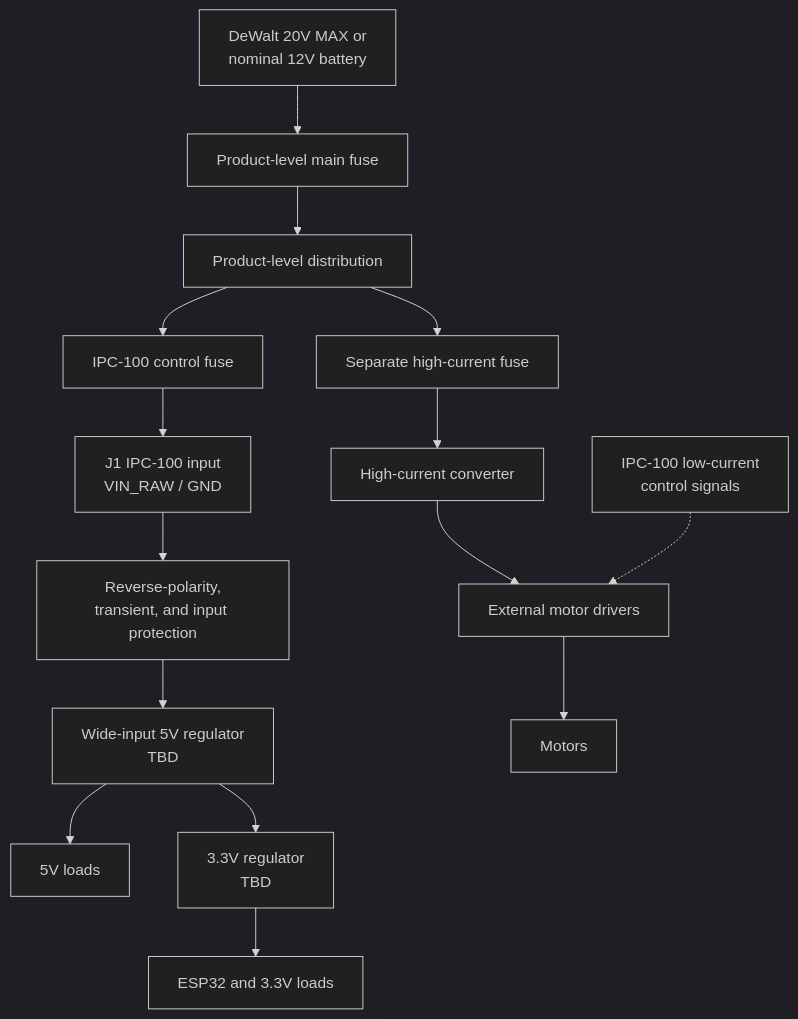
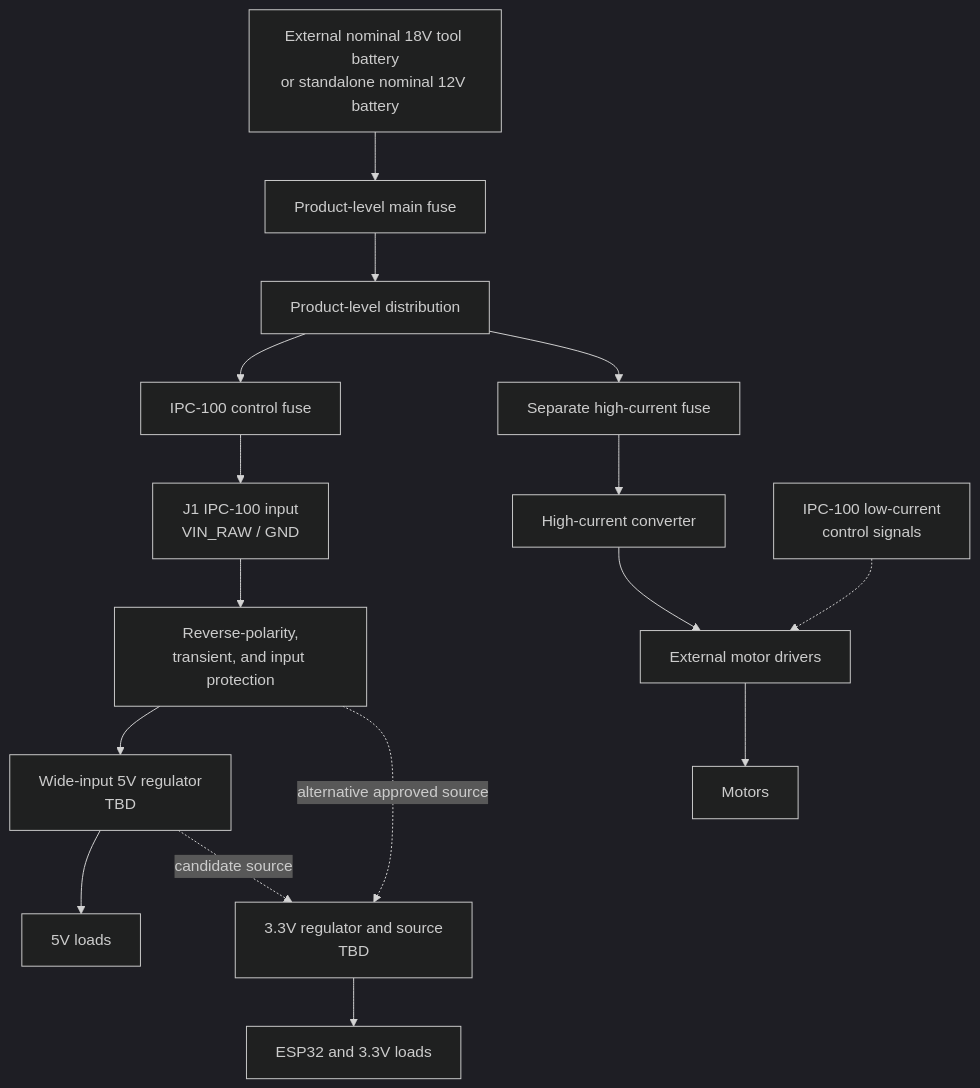
Before and after one commit to IronPineOutdoors/IPC-100: the diagram in docs/power/Power_Architecture.md, drawn with Mermaid (dark theme). The commit also changed other lines of this file and 9 other files, not shown here.

````diff
--- a/docs/power/Power_Architecture.md
+++ b/docs/power/Power_Architecture.md
@@ -24,25 +26,27 @@
 ```mermaid
 flowchart TD
-    BAT["DeWalt 20V MAX or<br/>nominal 12V battery"]
+    BAT["External nominal 18V tool battery<br/>or standalone nominal 12V battery"]
     MF["Product-level main fuse"]
     DIST["Product-level distribution"]
     CF["IPC-100 control fuse"]
     J1["J1 IPC-100 input<br/>VIN_RAW / GND"]
     PROT["Reverse-polarity,<br/>transient, and input protection"]
     BUCK["Wide-input 5V regulator<br/>TBD"]
     L5["5V loads"]
-    REG3["3.3V regulator<br/>TBD"]
+    REG3["3.3V regulator and source<br/>TBD"]
     L3["ESP32 and 3.3V loads"]
     HF["Separate high-current fuse"]
     CONV["High-current converter"]
     DRV["External motor drivers"]
     MOT["Motors"]
     CTRL["IPC-100 low-current<br/>control signals"]
 
     BAT --> MF --> DIST
     DIST --> CF --> J1 --> PROT --> BUCK
     BUCK --> L5
-    BUCK --> REG3 --> L3
+    BUCK -. "candidate source" .-> REG3
+    PROT -. "alternative approved source" .-> REG3
+    REG3 --> L3
     DIST --> HF --> CONV --> DRV --> MOT
     CTRL -.-> DRV
 ```
````
